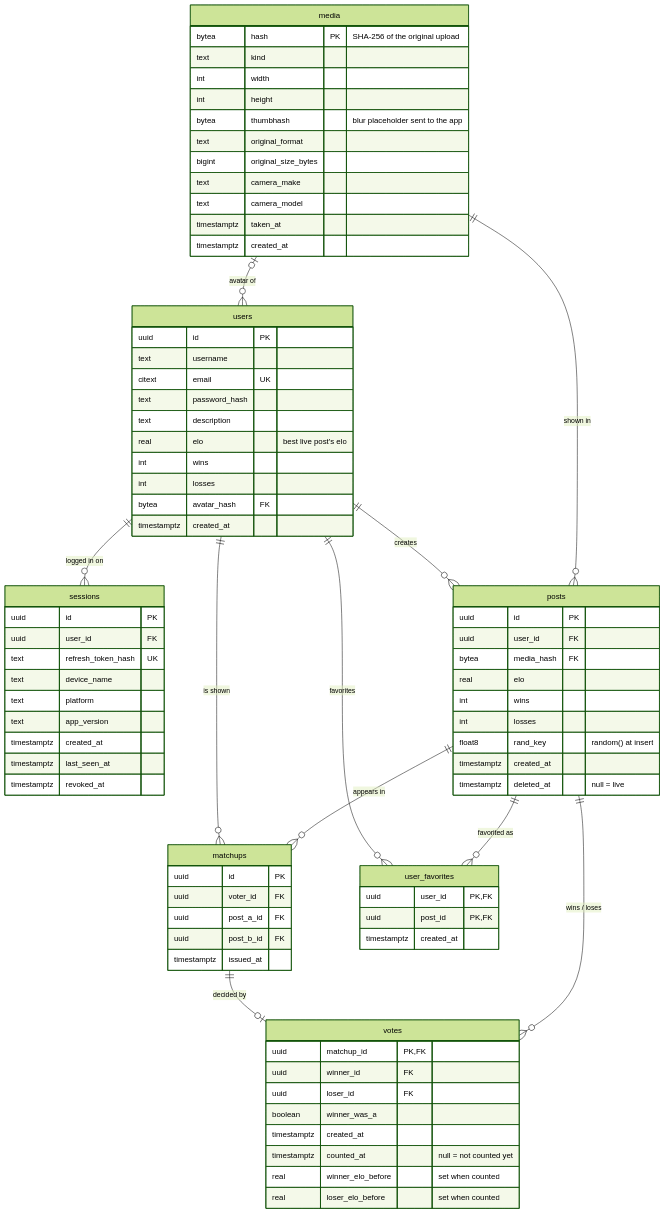
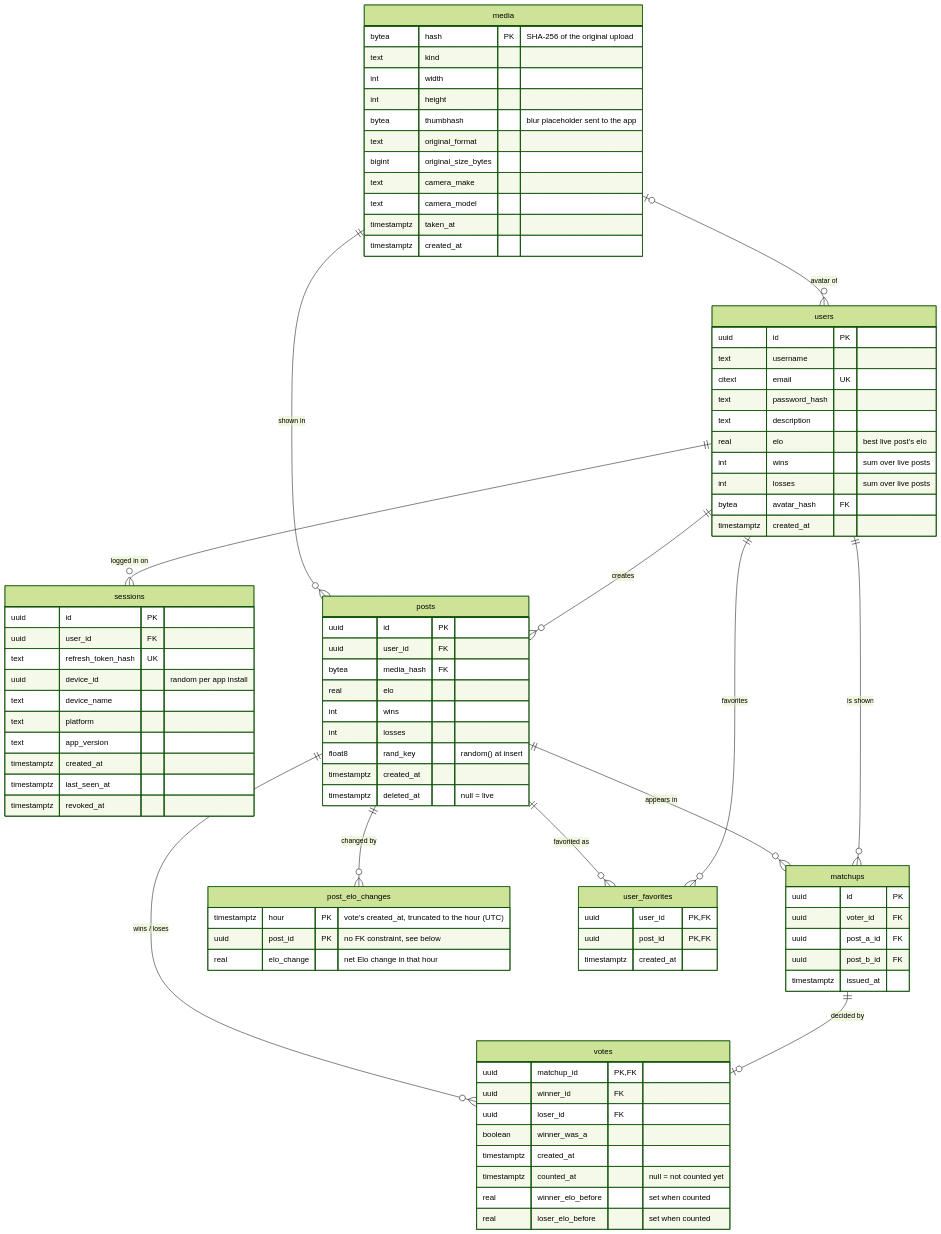
The diagram in DatabaseDiagram.md (Aarhus-tech-project/2026q4-h5-projektstyring-og-app-programmering-group-2), drawn with Mermaid (forest theme) before and after one commit. The commit also changed other lines of this file and 20 other files, not shown here.

````diff
--- a/DatabaseDiagram.md
+++ b/DatabaseDiagram.md
@@ -7,8 +7,8 @@
         text password_hash
         text description
         real elo "best live post's elo"
-        int wins
-        int losses
+        int wins "sum over live posts"
+        int losses "sum over live posts"
         bytea avatar_hash FK
         timestamptz created_at
     }
@@ -16,6 +16,7 @@
         uuid id PK
         uuid user_id FK
         text refresh_token_hash UK
+        uuid device_id "random per app install"
         text device_name
         text platform
         text app_version
@@ -64,6 +65,11 @@
         real winner_elo_before "set when counted"
         real loser_elo_before "set when counted"
     }
+    post_elo_changes {
+        timestamptz hour PK "vote's created_at, truncated to the hour (UTC)"
+        uuid post_id PK "no FK constraint, see below"
+        real elo_change "net Elo change in that hour"
+    }
     user_favorites {
         uuid user_id PK, FK
         uuid post_id PK, FK
@@ -80,4 +86,5 @@
     posts ||--o{ votes : "wins / loses"
     users ||--o{ user_favorites : favorites
     posts ||--o{ user_favorites : "favorited as"
+    posts ||--o{ post_elo_changes : "changed by"
 ```
````
